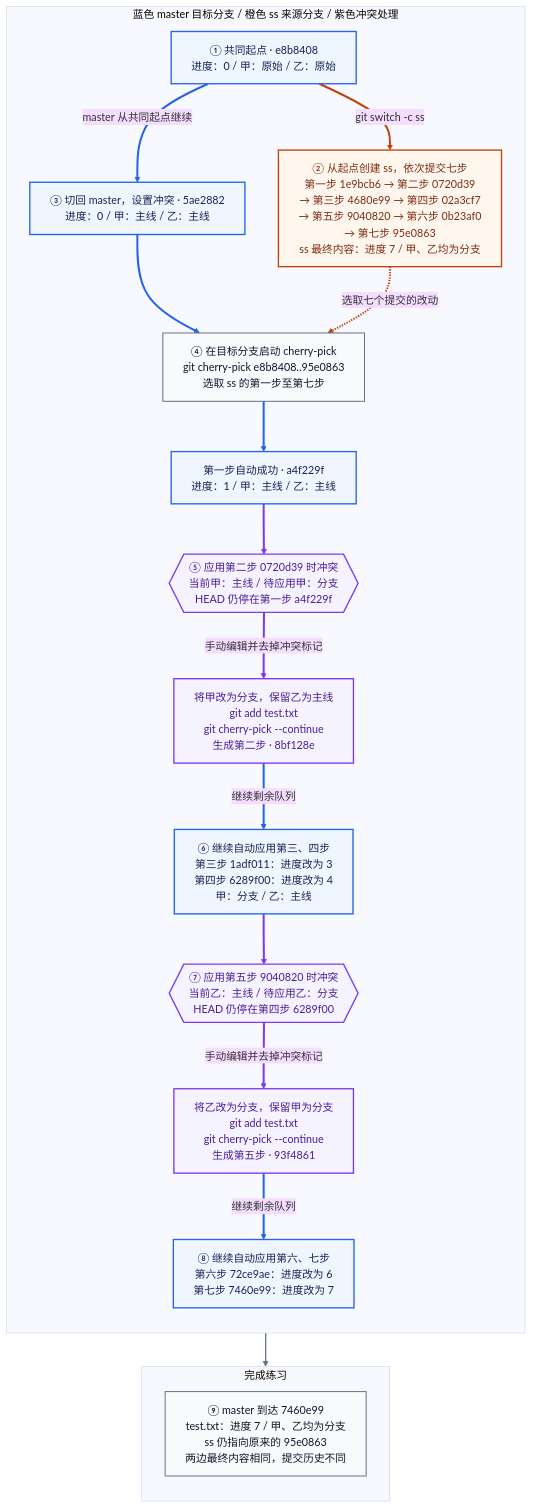
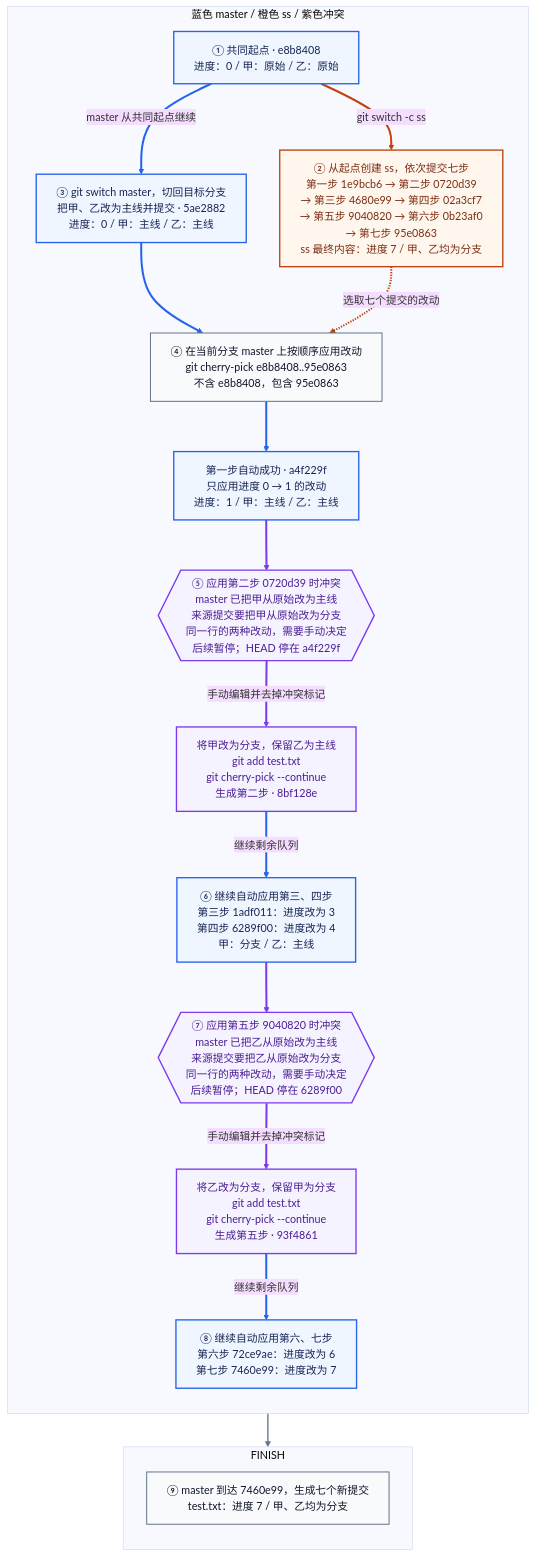
The diagram in cherry-pick练习流程.md (dcdmm/Script), drawn with Mermaid (base theme) before and after one commit. The commit also changed other lines of this file, not shown here.

````diff
--- a/cherry-pick练习流程.md
+++ b/cherry-pick练习流程.md
@@ -1,53 +1,53 @@
 ```mermaid
 %%{init: {"flowchart": {"wrappingWidth": 360}}}%%
 flowchart TD
-    subgraph HISTORY["蓝色 master 目标分支 / 橙色 ss 来源分支 / 紫色冲突处理"]
+    subgraph HISTORY["蓝色 master / 橙色 ss / 紫色冲突"]
         direction TD
 
         O["① 共同起点 · e8b8408<br/>进度：0 / 甲：原始 / 乙：原始"]
         SS["② 从起点创建 ss，依次提交七步<br/>第一步 1e9bcb6 → 第二步 0720d39<br/>→ 第三步 4680e99 → 第四步 02a3cf7<br/>→ 第五步 9040820 → 第六步 0b23af0<br/>→ 第七步 95e0863<br/>ss 最终内容：进度 7 / 甲、乙均为分支"]
-        M["③ 切回 master，设置冲突 · 5ae2882<br/>进度：0 / 甲：主线 / 乙：主线"]
-        PICK["④ 在目标分支启动 cherry-pick<br/>git cherry-pick e8b8408..95e0863<br/>选取 ss 的第一步至第七步"]
-        C1["第一步自动成功 · a4f229f<br/>进度：1 / 甲：主线 / 乙：主线"]
-        X2{{"⑤ 应用第二步 0720d39 时冲突<br/>当前甲：主线 / 待应用甲：分支<br/>HEAD 仍停在第一步 a4f229f"}}
+        M["③ git switch master，切回目标分支<br/>把甲、乙改为主线并提交 · 5ae2882<br/>进度：0 / 甲：主线 / 乙：主线"]
+        PICK["④ 在当前分支 master 上按顺序应用改动<br/>git cherry-pick e8b8408..95e0863<br/>不含 e8b8408，包含 95e0863"]
+        C1["第一步自动成功 · a4f229f<br/>只应用进度 0 → 1 的改动<br/>进度：1 / 甲：主线 / 乙：主线"]
+        X2{{"⑤ 应用第二步 0720d39 时冲突<br/>master 已把甲从原始改为主线<br/>来源提交要把甲从原始改为分支<br/>同一行的两种改动，需要手动决定<br/>后续暂停；HEAD 停在 a4f229f"}}
         C2["将甲改为分支，保留乙为主线<br/>git add test.txt<br/>git cherry-pick --continue<br/>生成第二步 · 8bf128e"]
         C34["⑥ 继续自动应用第三、四步<br/>第三步 1adf011：进度改为 3<br/>第四步 6289f00：进度改为 4<br/>甲：分支 / 乙：主线"]
-        X5{{"⑦ 应用第五步 9040820 时冲突<br/>当前乙：主线 / 待应用乙：分支<br/>HEAD 仍停在第四步 6289f00"}}
+        X5{{"⑦ 应用第五步 9040820 时冲突<br/>master 已把乙从原始改为主线<br/>来源提交要把乙从原始改为分支<br/>同一行的两种改动，需要手动决定<br/>后续暂停；HEAD 停在 6289f00"}}
         C5["将乙改为分支，保留甲为分支<br/>git add test.txt<br/>git cherry-pick --continue<br/>生成第五步 · 93f4861"]
         C67["⑧ 继续自动应用第六、七步<br/>第六步 72ce9ae：进度改为 6<br/>第七步 7460e99：进度改为 7"]
 
         O -->|"git switch -c ss"| SS
         O -->|"master 从共同起点继续"| M
         M --> PICK
         SS -.->|"选取七个提交的改动"| PICK
         PICK --> C1
         C1 --> X2
         X2 -->|"手动编辑并去掉冲突标记"| C2
         C2 -->|"继续剩余队列"| C34
         C34 --> X5
         X5 -->|"手动编辑并去掉冲突标记"| C5
         C5 -->|"继续剩余队列"| C67
     end
 
-    subgraph FINISH["完成练习"]
+    subgraph FINISH
         direction TD
-        DONE["⑨ master 到达 7460e99<br/>test.txt：进度 7 / 甲、乙均为分支<br/>ss 仍指向原来的 95e0863<br/>两边最终内容相同，提交历史不同"]
+        DONE["⑨ master 到达 7460e99，生成七个新提交<br/>test.txt：进度 7 / 甲、乙均为分支"]
     end
 
     C67 --> DONE
 
     classDef mainNode fill:#eff6ff,stroke:#2563eb,color:#172554,stroke-width:2px;
     classDef sourceNode fill:#fff7ed,stroke:#c2410c,color:#7c2d12,stroke-width:2px;
     classDef conflictNode fill:#f5f3ff,stroke:#7c3aed,color:#4c1d95,stroke-width:2px;
     classDef actionNode fill:#f8fafc,stroke:#64748b,color:#0f172a,stroke-width:1.5px;
 
     class O,M,C1,C34,C67 mainNode;
     class SS sourceNode;
     class X2,C2,X5,C5 conflictNode;
     class PICK,DONE actionNode;
 
     linkStyle 0,3 stroke:#c2410c,stroke-width:3px;
     linkStyle 1,2,4,7,10 stroke:#2563eb,stroke-width:3px;
     linkStyle 5,6,8,9 stroke:#7c3aed,stroke-width:3px;
     linkStyle 11 stroke:#64748b,stroke-width:2px;
 ```
````
